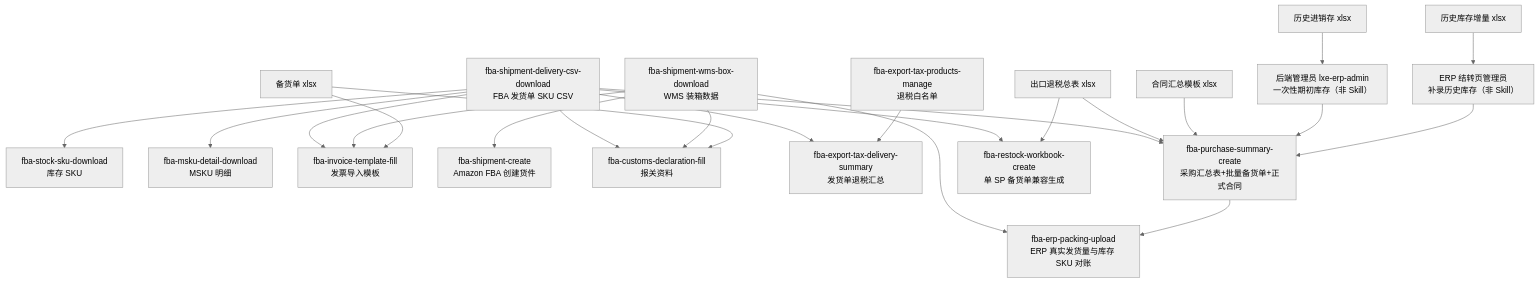
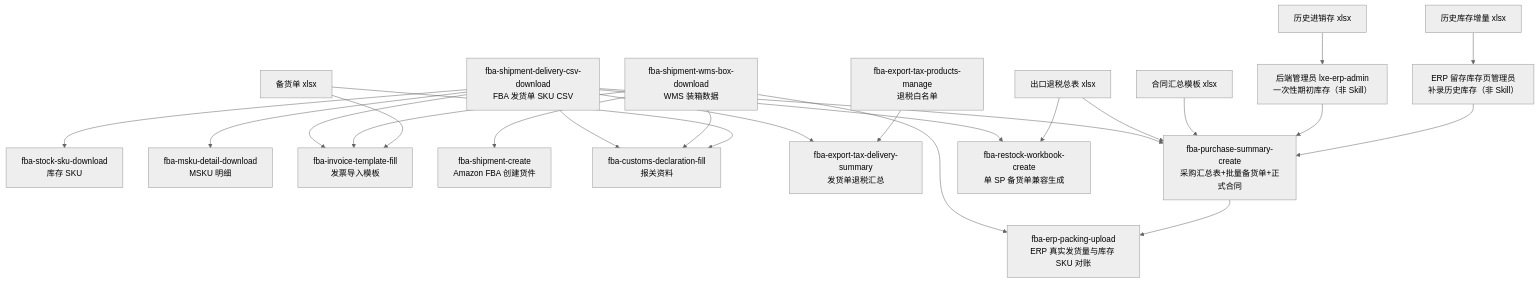
One commit to LXE123/LXE_AGENT changed the diagram in skills/fba-workflow-map/SKILL.md. Above: the diagram before and after it, drawn with Mermaid (neutral theme). The commit also changed other lines of this file and 2 other files, not shown here.

First line of the commit message:
docs: call carryover inventory 留存 to match the ERP dashboard

````diff
--- a/skills/fba-workflow-map/SKILL.md
+++ b/skills/fba-workflow-map/SKILL.md
@@ -27,27 +27,27 @@
 ```mermaid
 flowchart TD
   A["fba-shipment-delivery-csv-download<br/>FBA 发货单 SKU CSV"] --> B["fba-stock-sku-download<br/>库存 SKU"]
   A --> C["fba-msku-detail-download<br/>MSKU 明细"]
   A --> D["fba-invoice-template-fill<br/>发票导入模板"]
 
   E["fba-shipment-wms-box-download<br/>WMS 装箱数据"] --> F["fba-shipment-create<br/>Amazon FBA 创建货件"]
   E --> R["fba-erp-packing-upload<br/>ERP 真实发货量与库存 SKU 对账"]
   E --> D
   L["备货单 xlsx"] --> D
   A --> H["fba-customs-declaration-fill<br/>报关资料"]
   E --> H["fba-customs-declaration-fill<br/>报关资料"]
   L["备货单 xlsx"] --> H
 
   A --> I["fba-export-tax-delivery-summary<br/>发货单退税汇总"]
   J["fba-export-tax-products-manage<br/>退税白名单"] --> I
   A --> M["fba-purchase-summary-create<br/>采购汇总表+批量备货单+正式合同"]
   N["出口退税总表 xlsx"] --> M
   Q["合同汇总模板 xlsx"] --> M
   X["历史进销存 xlsx"] --> Y["后端管理员 lxe-erp-admin<br/>一次性期初库存（非 Skill）"]
   Y --> M
-  Z["历史库存增量 xlsx"] --> W["ERP 结转页管理员<br/>补录历史库存（非 Skill）"]
+  Z["历史库存增量 xlsx"] --> W["ERP 留存库存页管理员<br/>补录历史库存（非 Skill）"]
   W --> M
   M --> R
   A --> O["fba-restock-workbook-create<br/>单 SP 备货单兼容生成"]
   N --> O
 ```
````
